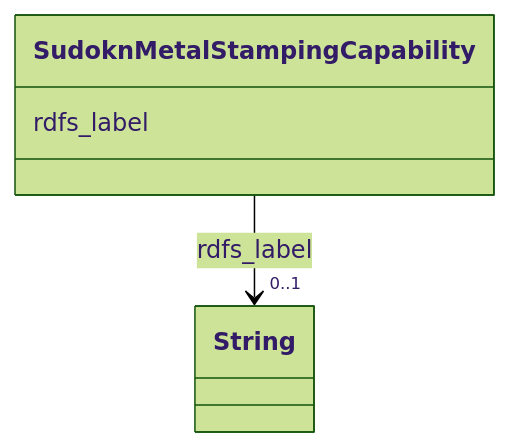
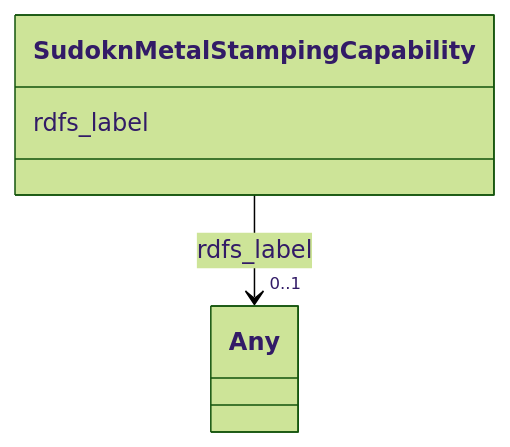
One commit to frink-okn/graph-descriptions changed the diagram in sudokn-kg/classes/SudoknMetalStampingCapability.md. Above: the diagram before and after it, drawn with Mermaid (forest theme). The commit also changed other lines of this file and 903 other files, not shown here.

````diff
--- a/sudokn-kg/classes/SudoknMetalStampingCapability.md
+++ b/sudokn-kg/classes/SudoknMetalStampingCapability.md
@@ -23,15 +18,15 @@
 ```mermaid
  classDiagram
     class SudoknMetalStampingCapability
     click SudoknMetalStampingCapability href "../SudoknMetalStampingCapability"
       SudoknMetalStampingCapability : rdfs_label
         
           
     
     
-    SudoknMetalStampingCapability --> "0..1" String : rdfs_label
-    click String href "../String"
+    SudoknMetalStampingCapability --> "0..1" Any : rdfs_label
+    click Any href "../Any"
 
         
       
 ```
````
